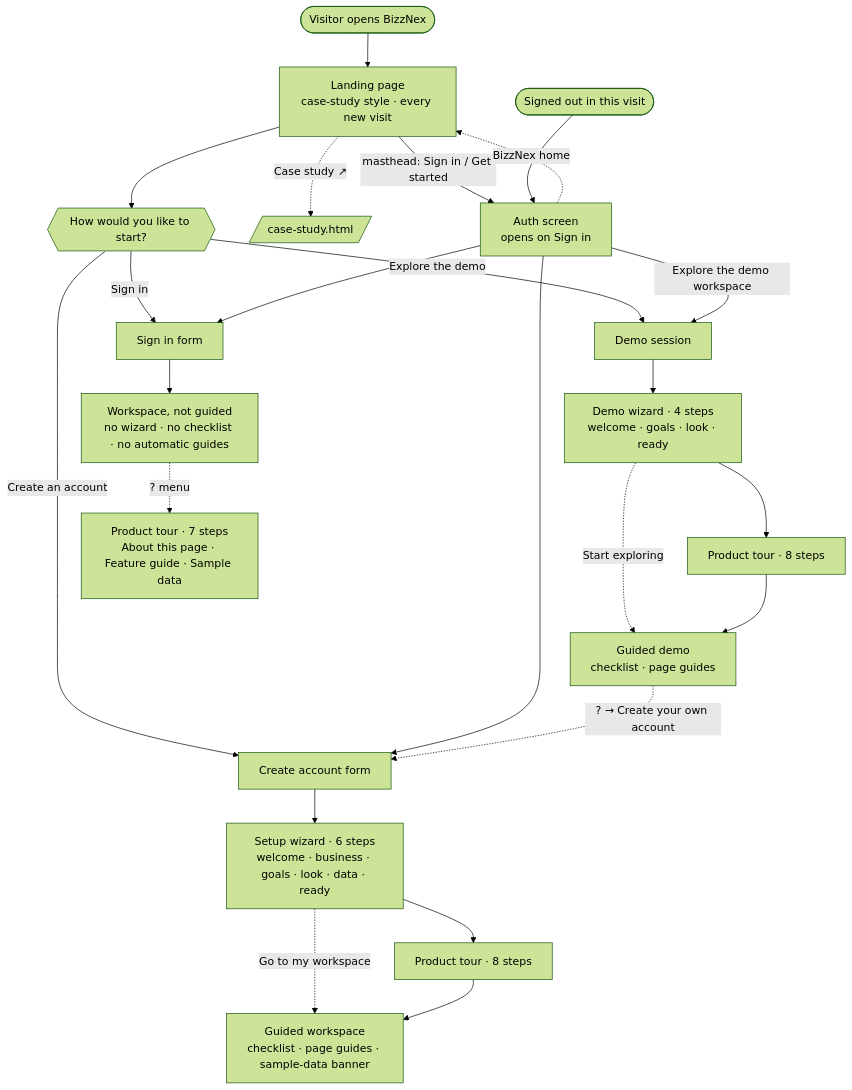
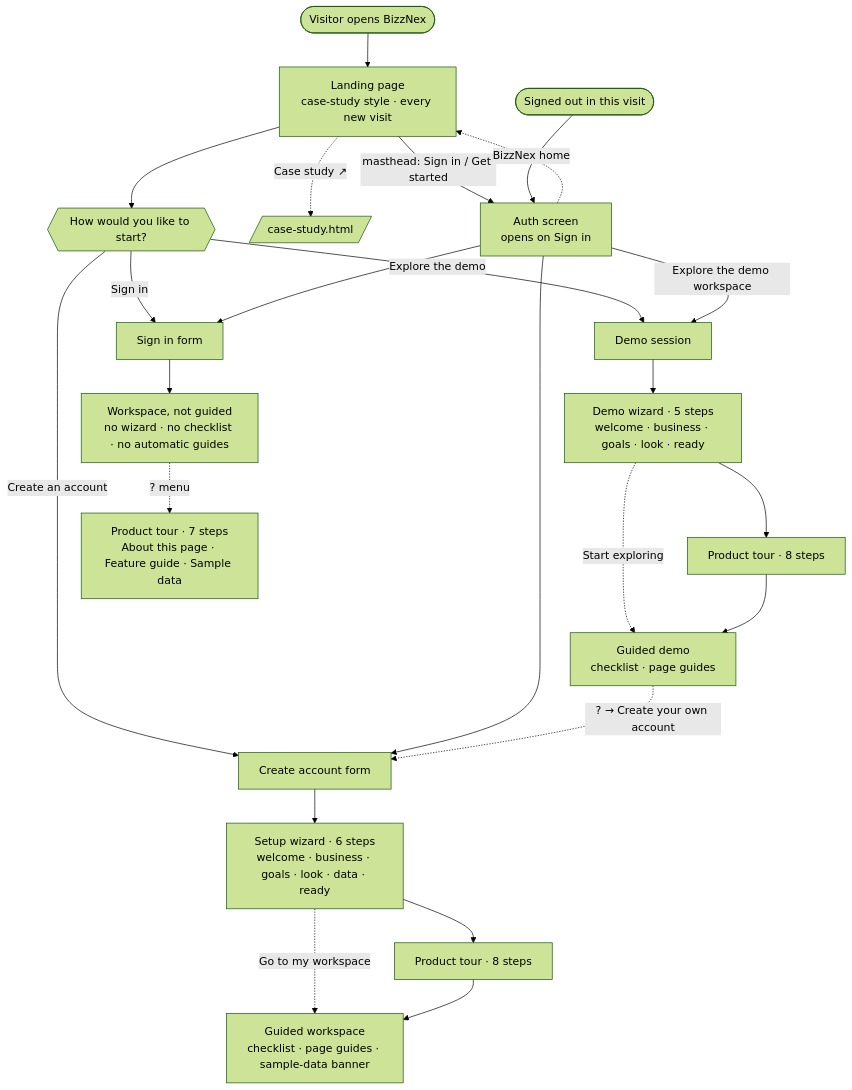
Before and after one commit to cheruvathoorshajd/BizzNex: the diagram in docs/onboarding-flow.md, drawn with Mermaid (forest theme). The commit also changed other lines of this file and 22 other files, not shown here.

First line of the commit message:
feat(onboarding): business lookup, and make onboarding and demo state safe

````diff
--- a/docs/onboarding-flow.md
+++ b/docs/onboarding-flow.md
@@ -7,30 +7,30 @@
 ```mermaid
 flowchart TD
     V([Visitor opens BizzNex]) --> L[Landing page<br/>case-study style · every new visit]
     L --> C
     L -. "Case study ↗" .-> CS[/case-study.html/]
     L -- "masthead: Sign in / Get started" --> A
     SO([Signed out in this visit]) --> A[Auth screen<br/>opens on Sign in]
 
     C{{"How would you like to start?"}}
     C -- Create an account --> SU[Create account form]
     C -- Explore the demo --> DM[Demo session]
     C -- Sign in --> SI[Sign in form]
     A --> SU & SI
     A -- Explore the demo workspace --> DM
     A -. "BizzNex home" .-> L
 
     SU --> W6[Setup wizard · 6 steps<br/>welcome · business · goals · look · data · ready]
     W6 --> T8[Product tour · 8 steps]
     W6 -. Go to my workspace .-> G
     T8 --> G[Guided workspace<br/>checklist · page guides · sample-data banner]
 
-    DM --> W4[Demo wizard · 4 steps<br/>welcome · goals · look · ready]
+    DM --> W4[Demo wizard · 5 steps<br/>welcome · business · goals · look · ready]
     W4 --> T8d[Product tour · 8 steps]
     W4 -. Start exploring .-> GD
     T8d --> GD[Guided demo<br/>checklist · page guides]
     GD -. "? → Create your own account" .-> SU
 
     SI --> P[Workspace, not guided<br/>no wizard · no checklist · no automatic guides]
     P -. "? menu" .-> H[Product tour · 7 steps<br/>About this page · Feature guide · Sample data]
 ```
````
